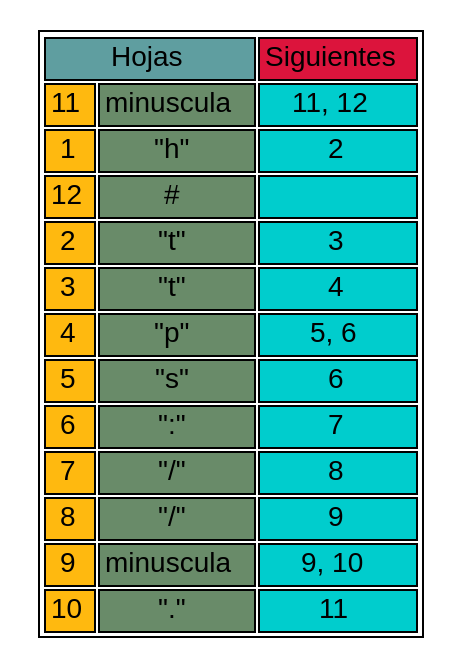
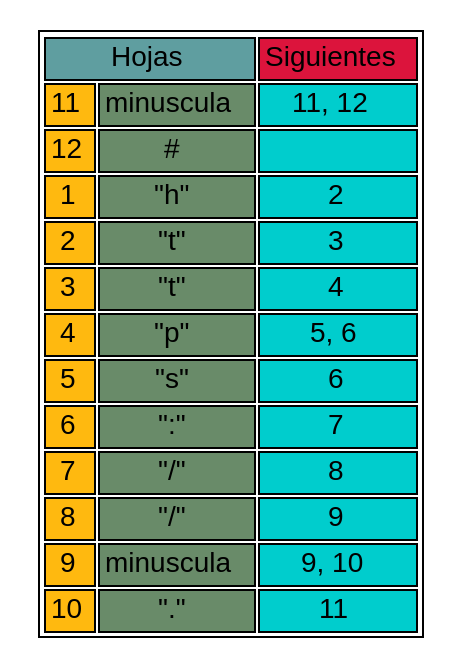
One commit to JulioFernandez99/Proyecto1_Compi1_201902416 changed the diagram in bin/Graficos/Grafico siguientes/url.dot. Above: the diagram before and after it, drawn with Graphviz. The commit also changed 90 other files, not shown here.

```diff
--- a/bin/Graficos/Grafico siguientes/url.dot
+++ b/bin/Graficos/Grafico siguientes/url.dot
@@ -1,7 +1,7 @@
 digraph {
   node [ shape=none fontname=Helvetica ]
  n1 [ label = <
 <table>
 <tr><td colspan="2" bgcolor="cadetblue">Hojas</td><td colspan="1" bgcolor="crimson">Siguientes</td></tr>
-<tr><td bgcolor="darkgoldenrod1">11</td><td bgcolor="darkseagreen4">minuscula</td><td bgcolor="cyan3">11, 12</td></tr><tr><td bgcolor="darkgoldenrod1">1</td><td bgcolor="darkseagreen4">"h"</td><td bgcolor="cyan3">2</td></tr><tr><td bgcolor="darkgoldenrod1">12</td><td bgcolor="darkseagreen4">#</td><td bgcolor="cyan3"></td></tr><tr><td bgcolor="darkgoldenrod1">2</td><td bgcolor="darkseagreen4">"t"</td><td bgcolor="cyan3">3</td></tr><tr><td bgcolor="darkgoldenrod1">3</td><td bgcolor="darkseagreen4">"t"</td><td bgcolor="cyan3">4</td></tr><tr><td bgcolor="darkgoldenrod1">4</td><td bgcolor="darkseagreen4">"p"</td><td bgcolor="cyan3">5, 6</td></tr><tr><td bgcolor="darkgoldenrod1">5</td><td bgcolor="darkseagreen4">"s"</td><td bgcolor="cyan3">6</td></tr><tr><td bgcolor="darkgoldenrod1">6</td><td bgcolor="darkseagreen4">":"</td><td bgcolor="cyan3">7</td></tr><tr><td bgcolor="darkgoldenrod1">7</td><td bgcolor="darkseagreen4">"/"</td><td bgcolor="cyan3">8</td></tr><tr><td bgcolor="darkgoldenrod1">8</td><td bgcolor="darkseagreen4">"/"</td><td bgcolor="cyan3">9</td></tr><tr><td bgcolor="darkgoldenrod1">9</td><td bgcolor="darkseagreen4">minuscula</td><td bgcolor="cyan3">9, 10</td></tr><tr><td bgcolor="darkgoldenrod1">10</td><td bgcolor="darkseagreen4">"."</td><td bgcolor="cyan3">11</td></tr> </table>>]
+<tr><td bgcolor="darkgoldenrod1">11</td><td bgcolor="darkseagreen4">minuscula</td><td bgcolor="cyan3">11, 12</td></tr><tr><td bgcolor="darkgoldenrod1">12</td><td bgcolor="darkseagreen4">#</td><td bgcolor="cyan3"></td></tr><tr><td bgcolor="darkgoldenrod1">1</td><td bgcolor="darkseagreen4">"h"</td><td bgcolor="cyan3">2</td></tr><tr><td bgcolor="darkgoldenrod1">2</td><td bgcolor="darkseagreen4">"t"</td><td bgcolor="cyan3">3</td></tr><tr><td bgcolor="darkgoldenrod1">3</td><td bgcolor="darkseagreen4">"t"</td><td bgcolor="cyan3">4</td></tr><tr><td bgcolor="darkgoldenrod1">4</td><td bgcolor="darkseagreen4">"p"</td><td bgcolor="cyan3">5, 6</td></tr><tr><td bgcolor="darkgoldenrod1">5</td><td bgcolor="darkseagreen4">"s"</td><td bgcolor="cyan3">6</td></tr><tr><td bgcolor="darkgoldenrod1">6</td><td bgcolor="darkseagreen4">":"</td><td bgcolor="cyan3">7</td></tr><tr><td bgcolor="darkgoldenrod1">7</td><td bgcolor="darkseagreen4">"/"</td><td bgcolor="cyan3">8</td></tr><tr><td bgcolor="darkgoldenrod1">8</td><td bgcolor="darkseagreen4">"/"</td><td bgcolor="cyan3">9</td></tr><tr><td bgcolor="darkgoldenrod1">9</td><td bgcolor="darkseagreen4">minuscula</td><td bgcolor="cyan3">9, 10</td></tr><tr><td bgcolor="darkgoldenrod1">10</td><td bgcolor="darkseagreen4">"."</td><td bgcolor="cyan3">11</td></tr> </table>>]
 }
```
